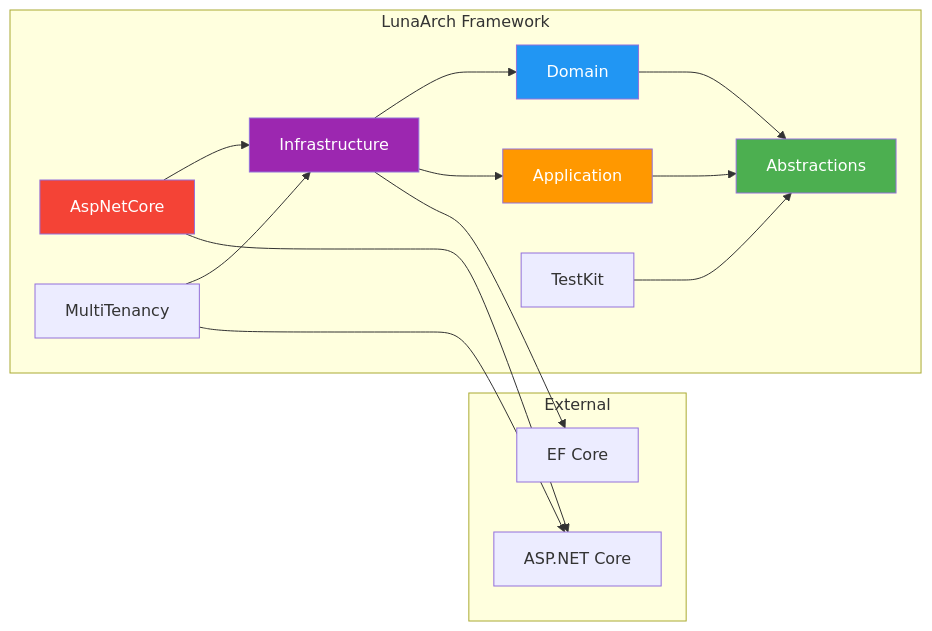
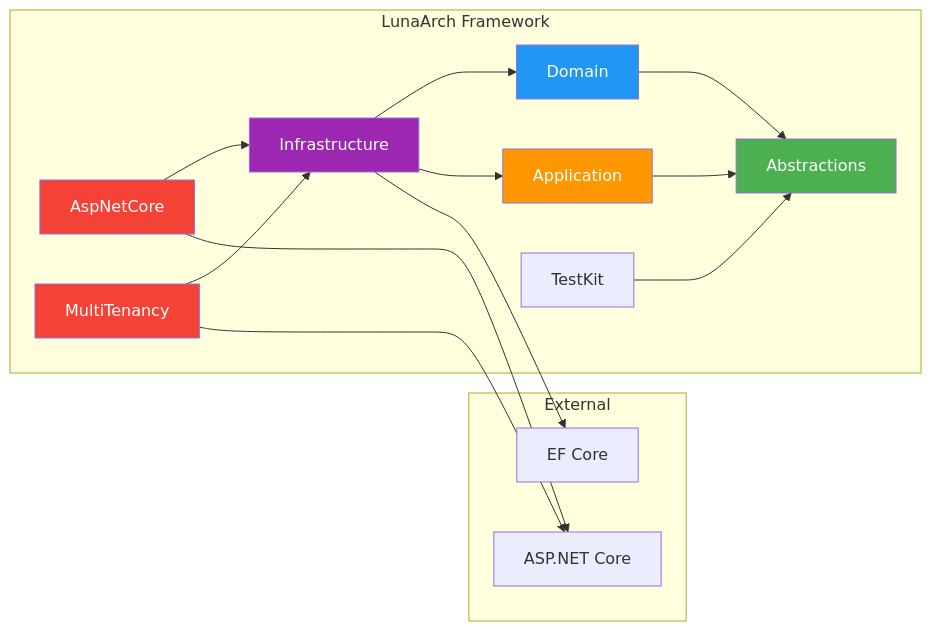
One commit to PhoenixWyllow/LunaArch changed the second of 3 diagrams in docs/architecture/overview.md. Above: the diagram before and after it, drawn with Mermaid. The commit also changed 3 other files, not shown here.

Commit message:
update architecture docs

````diff
--- a/docs/architecture/overview.md
+++ b/docs/architecture/overview.md
@@ -66,34 +66,35 @@
 ```mermaid
 graph LR
     subgraph External["External"]
         ASPNET[ASP.NET Core]
         EFC[EF Core]
     end
 
     subgraph LunaArch["LunaArch Framework"]
         ABS[Abstractions]
         DOM[Domain]
         APP[Application]
         INF[Infrastructure]
         ASP[AspNetCore]
         MT[MultiTenancy]
         TK[TestKit]
     end
 
     DOM --> ABS
     APP --> ABS
     INF --> DOM
     INF --> APP
     INF --> EFC
     ASP --> INF
     ASP --> ASPNET
     MT --> INF
     MT --> ASPNET
     TK --> ABS
 
     style ABS fill:#4caf50,color:#fff
     style DOM fill:#2196f3,color:#fff
     style APP fill:#ff9800,color:#fff
     style INF fill:#9c27b0,color:#fff
     style ASP fill:#f44336,color:#fff
+    style MT fill:#f44336,color:#fff
 ```
````
